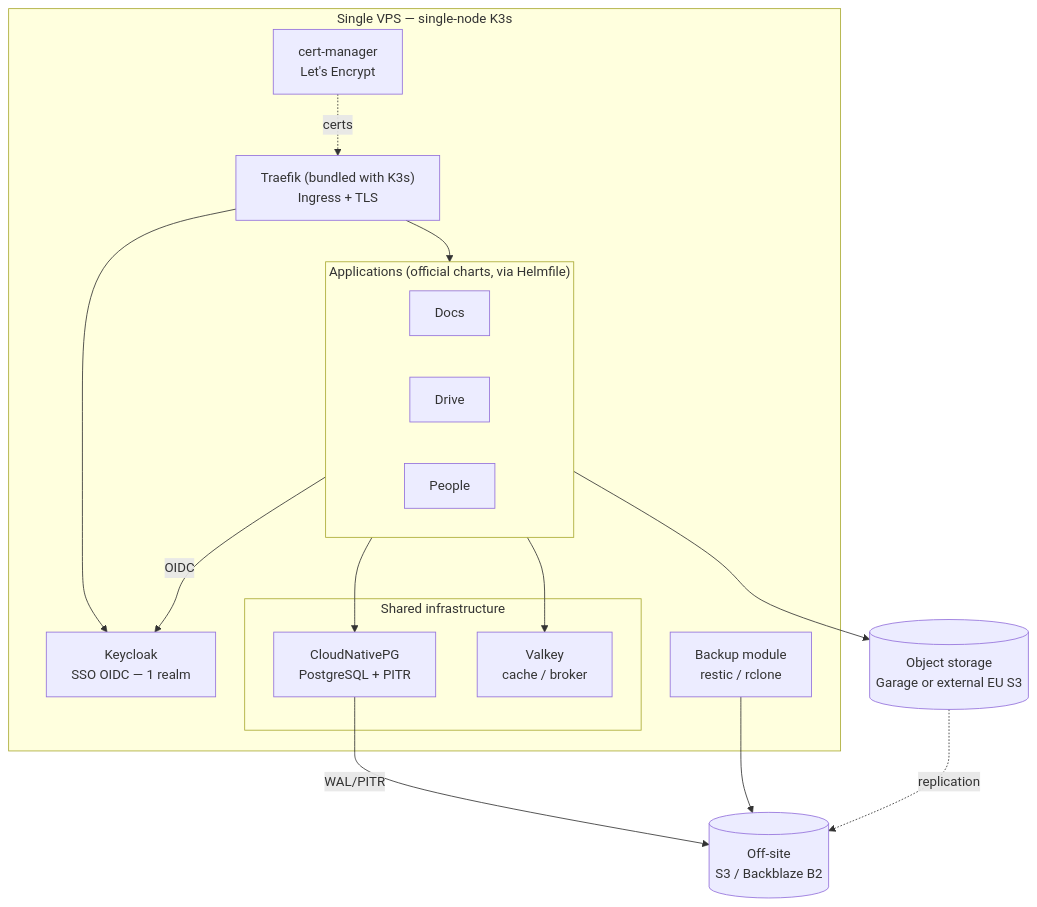
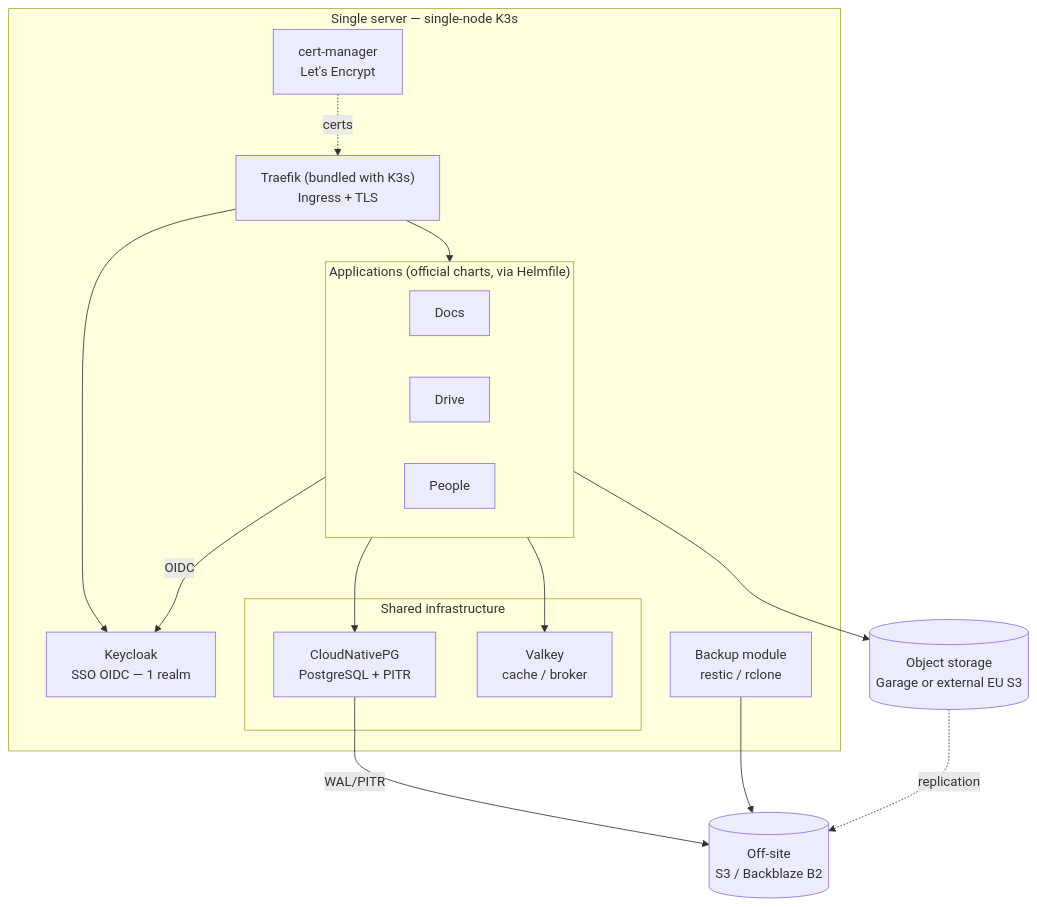
The diagram in docs/understand/overview.md (corentingiraud/ownsuite), drawn with Mermaid before and after one commit. The commit also changed other lines of this file and 31 other files, not shown here.

First line of the commit message:
refactor: drop "VPS" for "server" (cloud VM, dedicated host, or home server)

````diff
--- a/docs/understand/overview.md
+++ b/docs/understand/overview.md
@@ -6,31 +6,31 @@
 ```mermaid
 flowchart TB
-    subgraph VPS["Single VPS — single-node K3s"]
+    subgraph server["Single server — single-node K3s"]
         T["Traefik (bundled with K3s)\nIngress + TLS"]
         CM["cert-manager\nLet's Encrypt"]
         subgraph APPS["Applications (official charts, via Helmfile)"]
             D["Docs"]
             DR["Drive"]
             P["People"]
         end
         KC["Keycloak\nSSO OIDC — 1 realm"]
         subgraph INFRA["Shared infrastructure"]
             PG["CloudNativePG\nPostgreSQL + PITR"]
             VK["Valkey\ncache / broker"]
         end
         BK["Backup module\nrestic / rclone"]
     end
     S3[("Object storage\nGarage  or  external EU S3")]
     OFF[("Off-site\nS3 / Backblaze B2")]
 
     T --> APPS
     T --> KC
     CM -. certs .-> T
     APPS -- OIDC --> KC
     APPS --> PG
     APPS --> VK
     APPS --> S3
     PG -- WAL/PITR --> OFF
     S3 -. replication .-> OFF
     BK --> OFF
 ```
````
